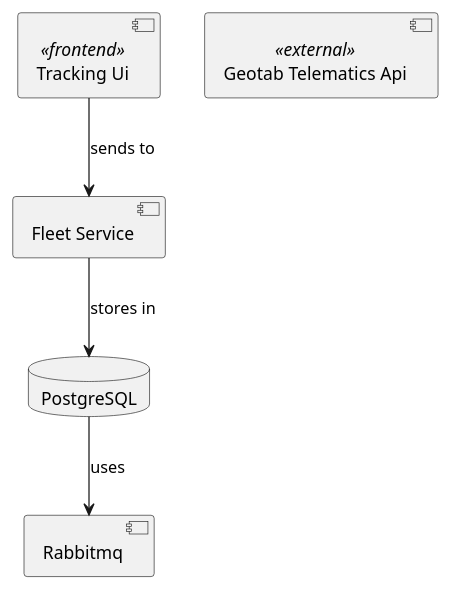
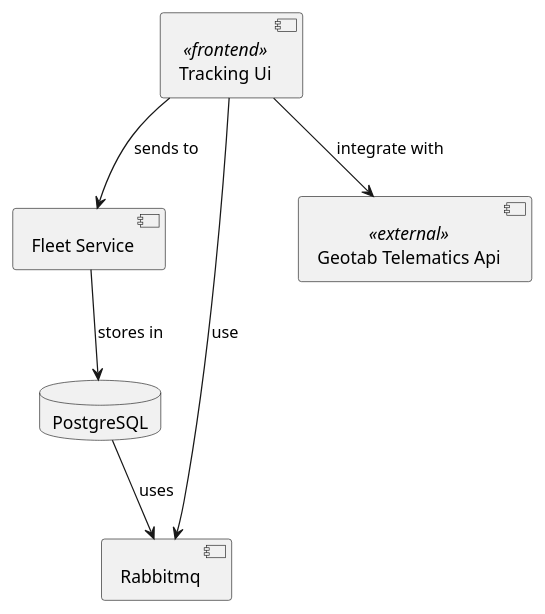
The diagram in user_stories/output_puml/component/component_Structural_Case_4.puml (qamaruddin-qureshi/fyp-uml-diagram-generator), drawn with PlantUML before and after one commit. The commit also changed 22 other files, not shown here.

First line of the commit message:
feat: Enhance component diagram extraction with robust NLP and model optimization

```diff
--- a/user_stories/output_puml/component/component_Structural_Case_4.puml
+++ b/user_stories/output_puml/component/component_Structural_Case_4.puml
@@ -1,11 +1,13 @@
 @startuml
 skinparam componentStyle uml2
 component "Tracking Ui" <<frontend>> as TrackingUi
 component "Fleet Service" as FleetService
 database "PostgreSQL" as PostgreSQL
 component "Rabbitmq" as Rabbitmq
 component "Geotab Telematics Api" <<external>> as GeotabTelematicsApi
 TrackingUi --> FleetService : sends to
 FleetService --> PostgreSQL : stores in
 PostgreSQL --> Rabbitmq : uses
+TrackingUi --> Rabbitmq : use
+TrackingUi --> GeotabTelematicsApi : integrate with
 @enduml
```
